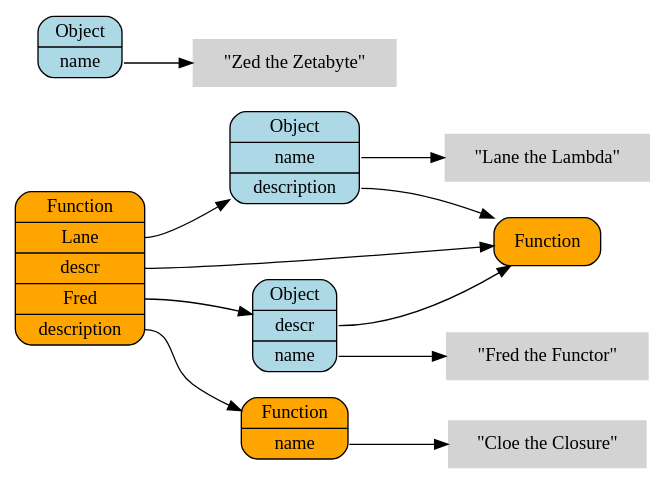
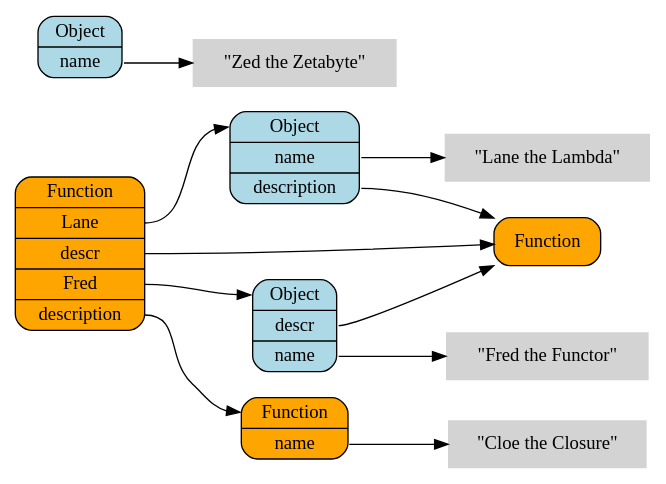
The diagram in articles/object-graphs/variables.dot (creationix/howtonode.org), drawn with Graphviz before and after one commit.

Commit message:
Fix the arrows to link to the right place.

```diff
--- a/articles/object-graphs/variables.dot
+++ b/articles/object-graphs/variables.dot
@@ -1,40 +1,40 @@
 digraph finite_state_machine {
 	size="8,5"
 	rankdir = "LR"
 
   /* Variables */
 /*
   node [shape = plaintext];
   description
   Lane
   Fred
   descr
 */
   /* Functions */
   node [shape = Mrecord, fillcolor=orange, style=filled];
   global [label="<__proto__>Function|<Lane>Lane|<descr>descr|<Fred>Fred|<description>description"];
   fn1 [label="<__proto__>Function"];
   fn2 [label = "<__proto__>Function|<name>name"];
   /* Objects */
   node [shape = Mrecord, fillcolor=lightBlue, style=filled];
   obj1 [label = "<__proto__>Object|<name>name | <description> description"];
   obj2 [label = "<__proto__>Object|<descr> descr | <name>name"];
   obj3 [label = "<__proto__>Object|<name>name"];
   /* Strings */
   node [shape = plaintext, fillcolor=lightGrey, style=filled];
   name [label="\"Lane the Lambda\""]
   name2 [label="\"Fred the Functor\""]
   name3 [label="\"Zed the Zetabyte\""]
   name4 [label="\"Cloe the Closure\""]
 
-  global:Lane -> obj1;
+  global:Lane -> obj1:__proto__;
   obj1:name -> name;
   obj1:description -> fn1;
-  global:Fred -> obj2;
+  global:Fred -> obj2:__proto__;
   obj2:name -> name2;
-  obj2:descr -> fn1;
+  obj2:descr -> fn1:__proto__;
   obj3:name -> name3;
-  global:descr -> fn1;
-  global:description -> fn2;
+  global:descr -> fn1:__proto__;
+  global:description -> fn2:__proto__;
   fn2:name -> name4;
 }
```
